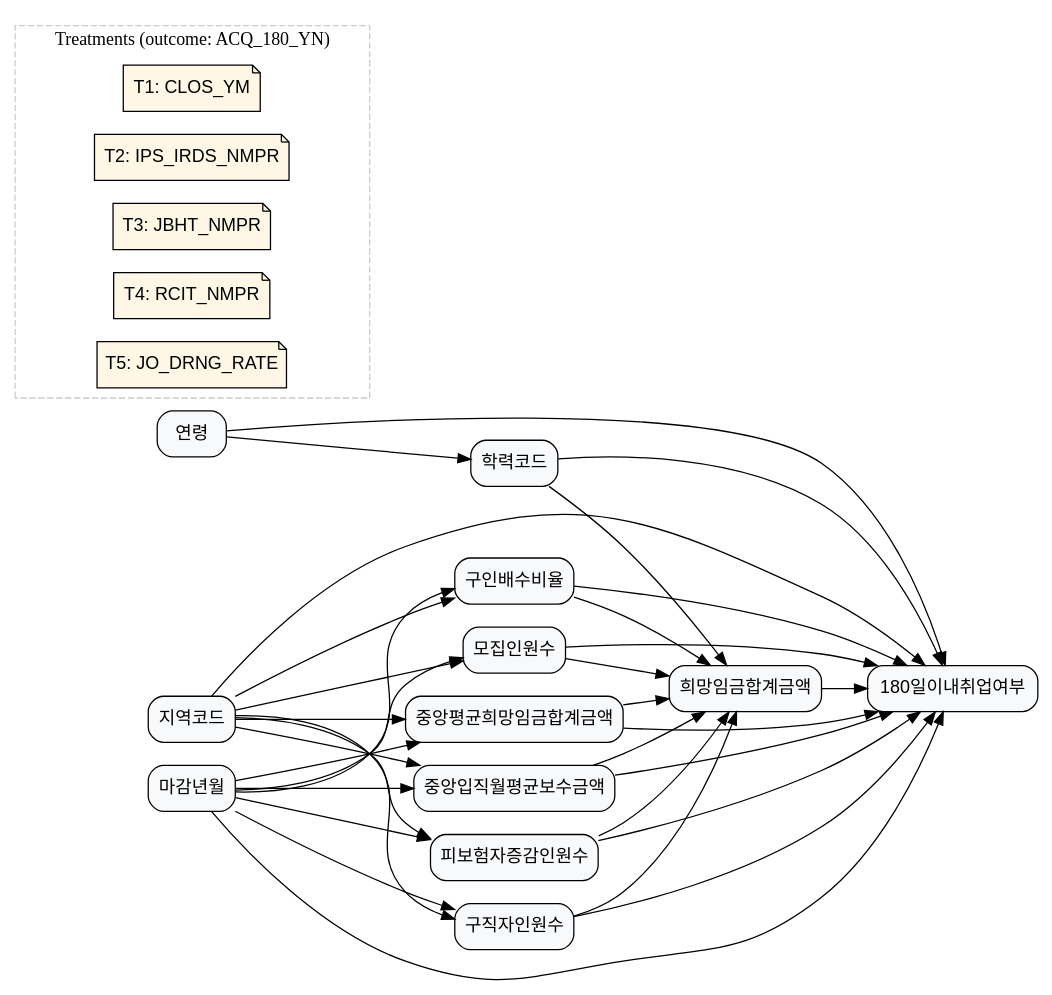
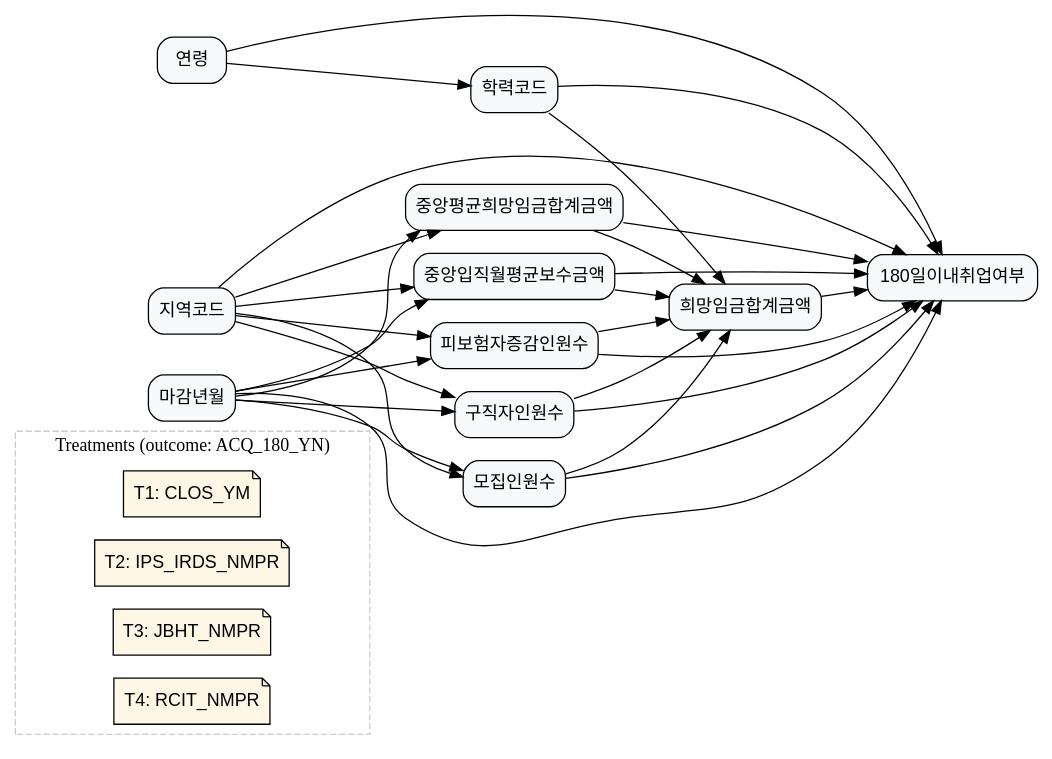
The diagram in laborlab_2/data/graph_data/graph_16.dot (KU-LIM-Lab/dowhy-deep), drawn with Graphviz before and after one commit. The commit also changed 79 other files, not shown here.

Commit message:
graph real real final really sorry bro들

```diff
--- a/laborlab_2/data/graph_data/graph_16.dot
+++ b/laborlab_2/data/graph_data/graph_16.dot
@@ -1,103 +1,81 @@
 digraph {
-    rankdir=LR;
-    node [shape=box, style="rounded,filled", fillcolor="#F8F9FB", fontname="Helvetica"];
-
-    ACCR_CD [label="학력코드"];
-    ACQ_180_YN [label="180일이내취업여부"];
-    AGE [label="연령"];
-    AREA_CD [label="지역코드"];
-    NTR_HOPE_WAGE_SM_AMT [label="중앙평균희망임금합계금액"];
-    NTR_OTIO_MYAV_RMNT_AMT [label="중앙입직월평균보수금액"];
-    CLOS_YM [label="마감년월"];
-    HOPE_WAGE_SM_AMT [label="희망임금합계금액"];
-    IPS_IRDS_NMPR [label="피보험자증감인원수"];
-    JBHT_NMPR [label="구직자인원수"];
-    JO_DRNG_RATE [label="구인배수비율"];
-    RCIT_NMPR [label="모집인원수"];
-
-    AGE -> ACCR_CD;
-    ACCR_CD -> HOPE_WAGE_SM_AMT;
-    AREA_CD -> IPS_IRDS_NMPR;
-    AREA_CD -> JBHT_NMPR;
-    AREA_CD -> RCIT_NMPR;
-    AREA_CD -> JO_DRNG_RATE;
-    AREA_CD -> NTR_OTIO_MYAV_RMNT_AMT;
-    AREA_CD -> NTR_HOPE_WAGE_SM_AMT;
-    CLOS_YM -> IPS_IRDS_NMPR;
-    CLOS_YM -> JBHT_NMPR;
-    CLOS_YM -> RCIT_NMPR;
-    CLOS_YM -> JO_DRNG_RATE;
-    CLOS_YM -> NTR_OTIO_MYAV_RMNT_AMT;
-    CLOS_YM -> NTR_HOPE_WAGE_SM_AMT;
-    IPS_IRDS_NMPR -> HOPE_WAGE_SM_AMT;
-    JBHT_NMPR -> HOPE_WAGE_SM_AMT;
-    RCIT_NMPR -> HOPE_WAGE_SM_AMT;
-    JO_DRNG_RATE -> HOPE_WAGE_SM_AMT;
-    NTR_OTIO_MYAV_RMNT_AMT -> HOPE_WAGE_SM_AMT;
-    NTR_HOPE_WAGE_SM_AMT -> HOPE_WAGE_SM_AMT;
-    IPS_IRDS_NMPR -> ACQ_180_YN;
-    JBHT_NMPR -> ACQ_180_YN;
-    RCIT_NMPR -> ACQ_180_YN;
-    JO_DRNG_RATE -> ACQ_180_YN;
-    CLOS_YM -> ACQ_180_YN;
-    NTR_OTIO_MYAV_RMNT_AMT -> ACQ_180_YN;
-    NTR_HOPE_WAGE_SM_AMT -> ACQ_180_YN;
-    AREA_CD -> ACQ_180_YN;
-    HOPE_WAGE_SM_AMT -> ACQ_180_YN;
-    AGE -> ACQ_180_YN;
-    ACCR_CD -> ACQ_180_YN;
-
-    // Treatments
-    subgraph cluster_treatments {
-        label="Treatments (outcome: ACQ_180_YN)";
-        style=dashed;
-        color="#CCCCCC";
-        node [shape=note, style="rounded,filled", fillcolor="#FFF7E6", fontname="Helvetica"];
-
-        T1 [
-            label="T1: CLOS_YM",
-            role="treatment_meta",
-            treatment_var="CLOS_YM",
-            treatment_name="CLOS_YM",
-            treatment_def="마감년월(CLOS_YM) 수준 차이가 ACQ_180_YN(180일이내취업여부)에 미치는 인과효과",
-            treatment_question="마감년월(CLOS_YM) 수준이 다른 구직자들의 6개월 내 취업 확률은 얼마나 다른가?"
-        ];
-
-        T2 [
-            label="T2: IPS_IRDS_NMPR",
-            role="treatment_meta",
-            treatment_var="IPS_IRDS_NMPR",
-            treatment_name="IPS_IRDS_NMPR",
-            treatment_def="피보험자증감인원수(IPS_IRDS_NMPR) 수준 차이가 ACQ_180_YN(180일이내취업여부)에 미치는 인과효과",
-            treatment_question="피보험자증감인원수(IPS_IRDS_NMPR) 수준이 다른 구직자들의 6개월 내 취업 확률은 얼마나 다른가?"
-        ];
-
-        T3 [
-            label="T3: JBHT_NMPR",
-            role="treatment_meta",
-            treatment_var="JBHT_NMPR",
-            treatment_name="JBHT_NMPR",
-            treatment_def="구직자인원수(JBHT_NMPR) 수준 차이가 ACQ_180_YN(180일이내취업여부)에 미치는 인과효과",
-            treatment_question="구직자인원수(JBHT_NMPR) 수준이 다른 구직자들의 6개월 내 취업 확률은 얼마나 다른가?"
-        ];
-
-        T4 [
-            label="T4: RCIT_NMPR",
-            role="treatment_meta",
-            treatment_var="RCIT_NMPR",
-            treatment_name="RCIT_NMPR",
-            treatment_def="모집인원수(RCIT_NMPR) 수준 차이가 ACQ_180_YN(180일이내취업여부)에 미치는 인과효과",
-            treatment_question="모집인원수(RCIT_NMPR) 수준이 다른 구직자들의 6개월 내 취업 확률은 얼마나 다른가?"
-        ];
-
-        T5 [
-            label="T5: JO_DRNG_RATE",
-            role="treatment_meta",
-            treatment_var="JO_DRNG_RATE",
-            treatment_name="JO_DRNG_RATE",
-            treatment_def="구인배수비율(JO_DRNG_RATE) 수준 차이가 ACQ_180_YN(180일이내취업여부)에 미치는 인과효과",
-            treatment_question="구인배수비율(JO_DRNG_RATE) 수준이 다른 구직자들의 6개월 내 취업 확률은 얼마나 다른가?"
-        ];
-
-    }
+	graph [rankdir=LR];
+	node [fillcolor="#F8F9FB",
+		fontname=Helvetica,
+		shape=box,
+		style="rounded,filled"
+	];
+	subgraph cluster_treatments {
+		graph [color="#CCCCCC",
+			label="Treatments (outcome: ACQ_180_YN)",
+			style=dashed
+		];
+		node [fillcolor="#FFF7E6",
+			fontname=Helvetica,
+			shape=note,
+			style="rounded,filled"
+		];
+		T1	[label="T1: CLOS_YM",
+			role=treatment_meta,
+			treatment_def="마감년월(CLOS_YM) 수준 차이가 ACQ_180_YN(180일이내취업여부)에 미치는 인과효과",
+			treatment_name=CLOS_YM,
+			treatment_question="마감년월(CLOS_YM) 수준이 다른 구직자들의 6개월 내 취업 확률은 얼마나 다른가?",
+			treatment_var=CLOS_YM];
+		T2	[label="T2: IPS_IRDS_NMPR",
+			role=treatment_meta,
+			treatment_def="피보험자증감인원수(IPS_IRDS_NMPR) 수준 차이가 ACQ_180_YN(180일이내취업여부)에 미치는 인과효과",
+			treatment_name=IPS_IRDS_NMPR,
+			treatment_question="피보험자증감인원수(IPS_IRDS_NMPR) 수준이 다른 구직자들의 6개월 내 취업 확률은 얼마나 다른가?",
+			treatment_var=IPS_IRDS_NMPR];
+		T3	[label="T3: JBHT_NMPR",
+			role=treatment_meta,
+			treatment_def="구직자인원수(JBHT_NMPR) 수준 차이가 ACQ_180_YN(180일이내취업여부)에 미치는 인과효과",
+			treatment_name=JBHT_NMPR,
+			treatment_question="구직자인원수(JBHT_NMPR) 수준이 다른 구직자들의 6개월 내 취업 확률은 얼마나 다른가?",
+			treatment_var=JBHT_NMPR];
+		T4	[label="T4: RCIT_NMPR",
+			role=treatment_meta,
+			treatment_def="모집인원수(RCIT_NMPR) 수준 차이가 ACQ_180_YN(180일이내취업여부)에 미치는 인과효과",
+			treatment_name=RCIT_NMPR,
+			treatment_question="모집인원수(RCIT_NMPR) 수준이 다른 구직자들의 6개월 내 취업 확률은 얼마나 다른가?",
+			treatment_var=RCIT_NMPR];
+	}
+	ACCR_CD	[label=학력코드];
+	ACQ_180_YN	[label="180일이내취업여부"];
+	ACCR_CD -> ACQ_180_YN;
+	HOPE_WAGE_SM_AMT	[label=희망임금합계금액];
+	ACCR_CD -> HOPE_WAGE_SM_AMT;
+	HOPE_WAGE_SM_AMT -> ACQ_180_YN;
+	AGE	[label=연령];
+	AGE -> ACCR_CD;
+	AGE -> ACQ_180_YN;
+	AREA_CD	[label=지역코드];
+	AREA_CD -> ACQ_180_YN;
+	NTR_HOPE_WAGE_SM_AMT	[label=중앙평균희망임금합계금액];
+	AREA_CD -> NTR_HOPE_WAGE_SM_AMT;
+	NTR_OTIO_MYAV_RMNT_AMT	[label=중앙입직월평균보수금액];
+	AREA_CD -> NTR_OTIO_MYAV_RMNT_AMT;
+	IPS_IRDS_NMPR	[label=피보험자증감인원수];
+	AREA_CD -> IPS_IRDS_NMPR;
+	JBHT_NMPR	[label=구직자인원수];
+	AREA_CD -> JBHT_NMPR;
+	RCIT_NMPR	[label=모집인원수];
+	AREA_CD -> RCIT_NMPR;
+	NTR_HOPE_WAGE_SM_AMT -> ACQ_180_YN;
+	NTR_HOPE_WAGE_SM_AMT -> HOPE_WAGE_SM_AMT;
+	NTR_OTIO_MYAV_RMNT_AMT -> ACQ_180_YN;
+	NTR_OTIO_MYAV_RMNT_AMT -> HOPE_WAGE_SM_AMT;
+	IPS_IRDS_NMPR -> ACQ_180_YN;
+	IPS_IRDS_NMPR -> HOPE_WAGE_SM_AMT;
+	JBHT_NMPR -> ACQ_180_YN;
+	JBHT_NMPR -> HOPE_WAGE_SM_AMT;
+	RCIT_NMPR -> ACQ_180_YN;
+	RCIT_NMPR -> HOPE_WAGE_SM_AMT;
+	CLOS_YM	[label=마감년월];
+	CLOS_YM -> ACQ_180_YN;
+	CLOS_YM -> NTR_HOPE_WAGE_SM_AMT;
+	CLOS_YM -> NTR_OTIO_MYAV_RMNT_AMT;
+	CLOS_YM -> IPS_IRDS_NMPR;
+	CLOS_YM -> JBHT_NMPR;
+	CLOS_YM -> RCIT_NMPR;
 }
```
